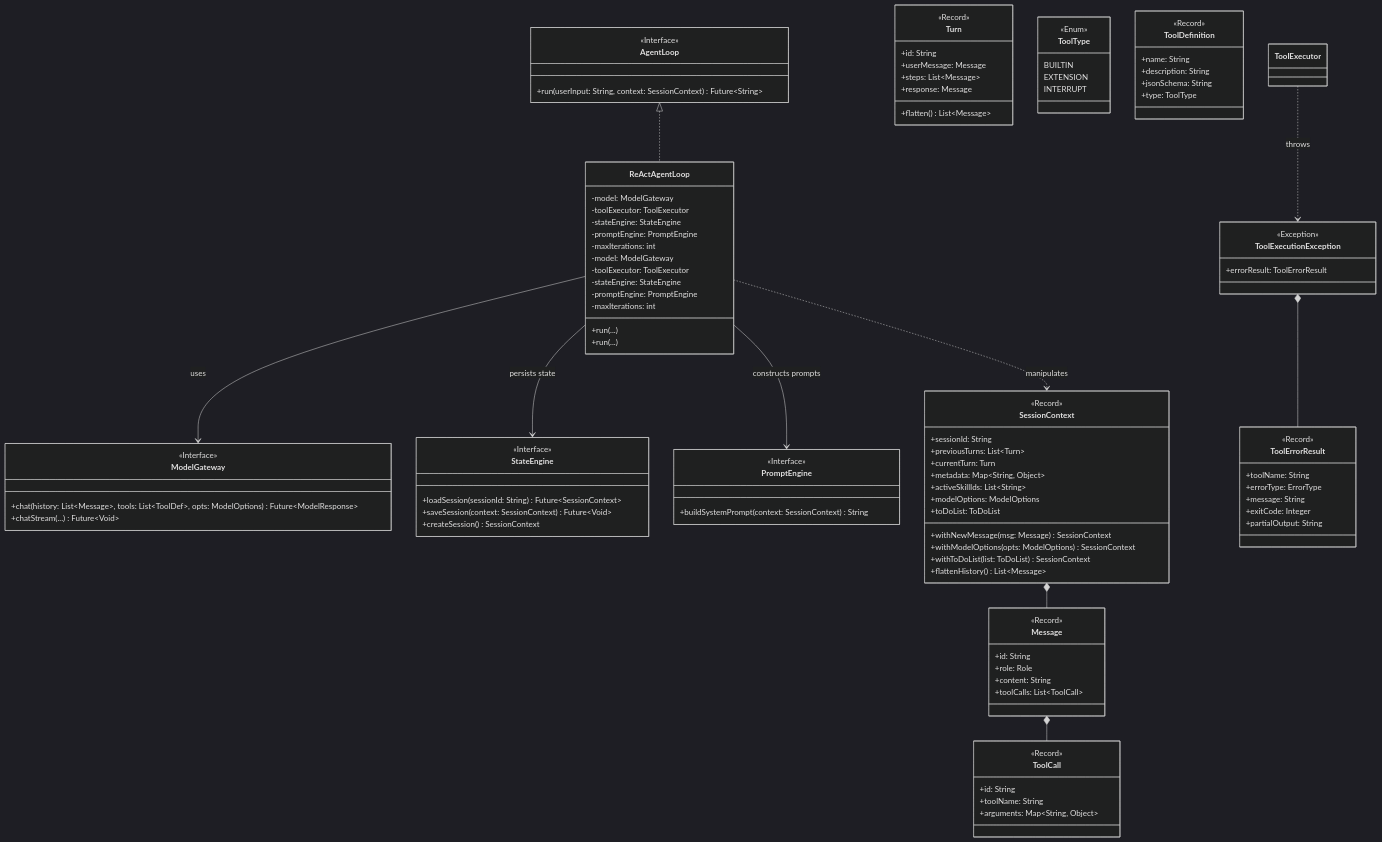
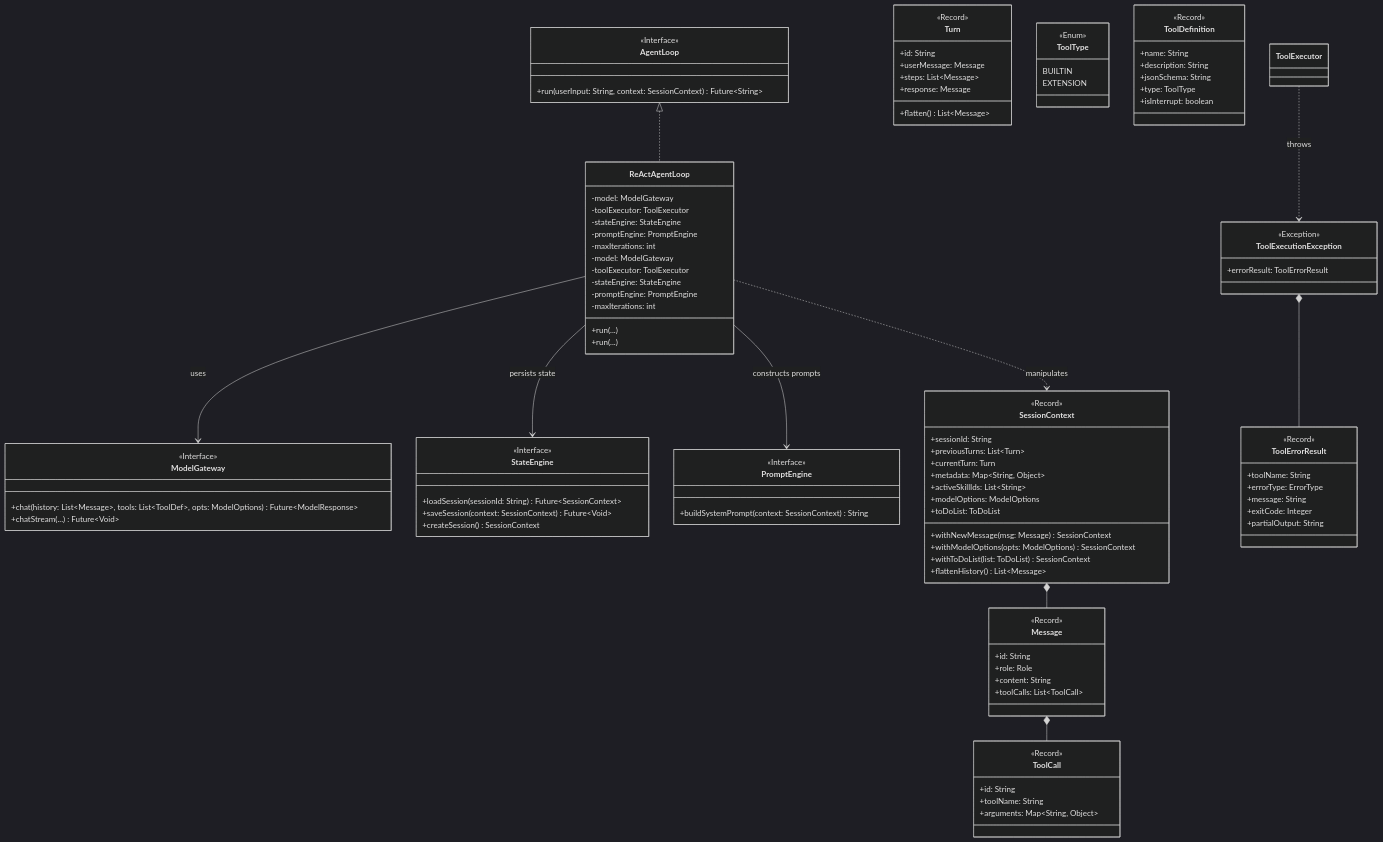
The first of 3 diagrams in docs/CORE_KERNEL_DESIGN.md (stream-iori/ganglia), drawn with Mermaid (dark theme) before and after one commit. The commit also changed 3 other files, not shown here.

```diff
--- a/docs/CORE_KERNEL_DESIGN.md
+++ b/docs/CORE_KERNEL_DESIGN.md
@@ -98,7 +98,6 @@
         <<Enum>>
         BUILTIN
         EXTENSION
-        INTERRUPT
     }
 
     class ToolDefinition {
@@ -107,6 +106,7 @@
         +description: String
         +jsonSchema: String
         +type: ToolType
+        +isInterrupt: boolean
     }
 
     class ToolErrorResult {
```
